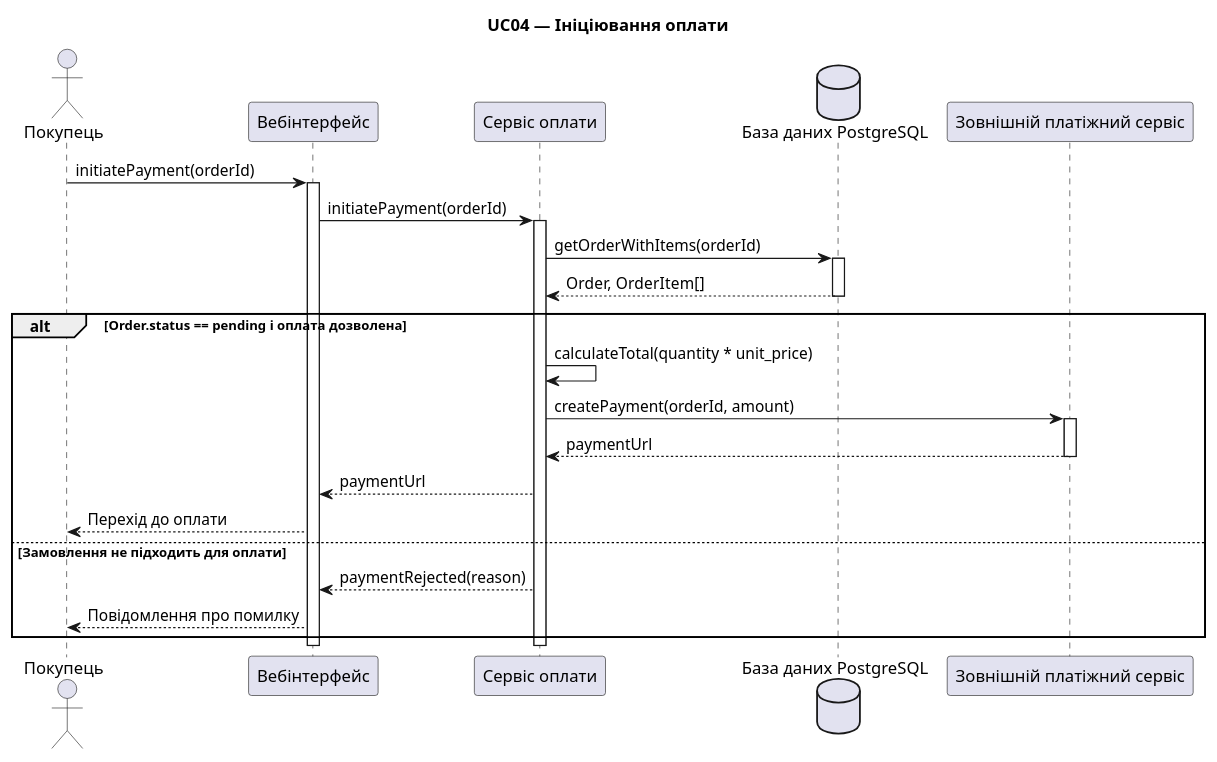
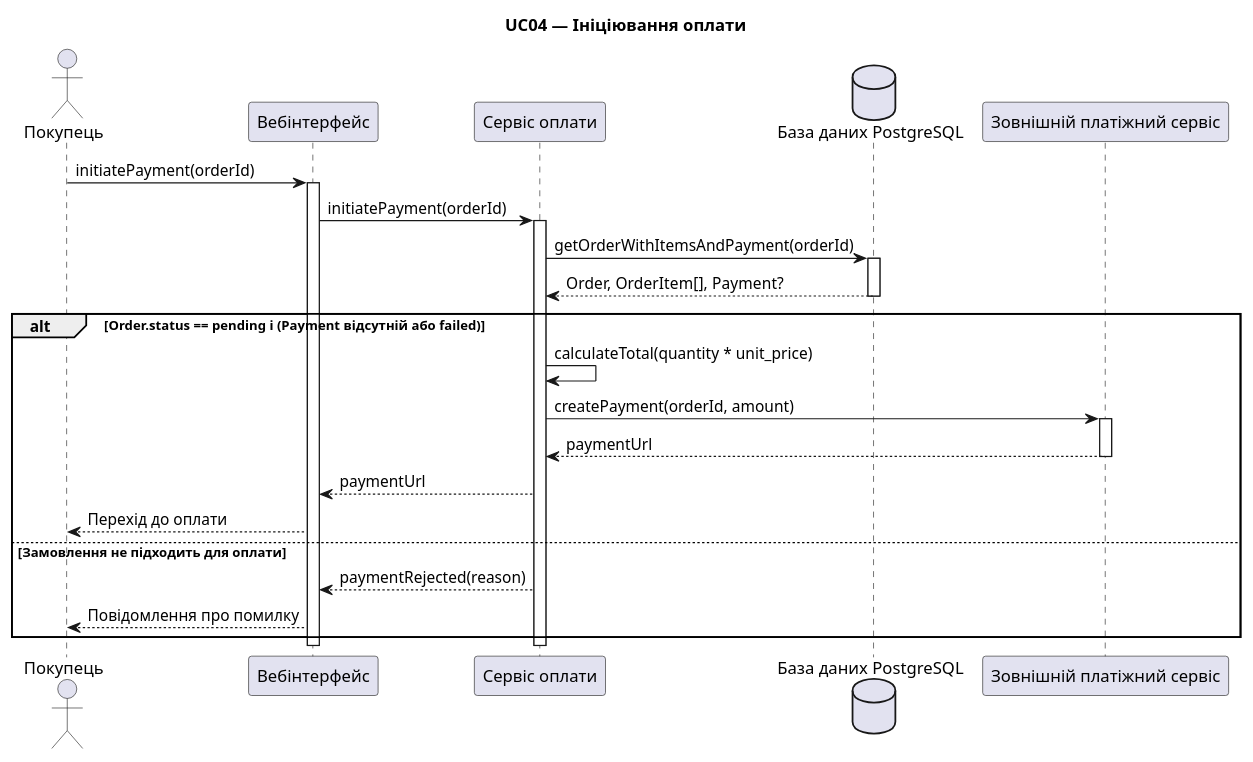
The diagram in lab-3/sequence-01.puml (fiodm/-ER-), drawn with PlantUML before and after one commit.

```diff
--- a/lab-3/sequence-01.puml
+++ b/lab-3/sequence-01.puml
@@ -2,39 +2,39 @@
 @startuml
 title UC04 — Ініціювання оплати
 
 actor "Покупець" as Customer
 participant "Вебінтерфейс" as UI
 participant "Сервіс оплати" as PaymentService
 database "База даних PostgreSQL" as DB
 participant "Зовнішній платіжний сервіс" as Gateway
 
 Customer -> UI: initiatePayment(orderId)
 activate UI
 
 UI -> PaymentService: initiatePayment(orderId)
 activate PaymentService
 
-PaymentService -> DB: getOrderWithItems(orderId)
+PaymentService -> DB: getOrderWithItemsAndPayment(orderId)
 activate DB
-DB --> PaymentService: Order, OrderItem[]
+DB --> PaymentService: Order, OrderItem[], Payment?
 deactivate DB
 
-alt Order.status == pending і оплата дозволена
+alt Order.status == pending і (Payment відсутній або failed)
     PaymentService -> PaymentService: calculateTotal(quantity * unit_price)
 
     PaymentService -> Gateway: createPayment(orderId, amount)
     activate Gateway
     Gateway --> PaymentService: paymentUrl
     deactivate Gateway
 
     PaymentService --> UI: paymentUrl
     UI --> Customer: Перехід до оплати
 else Замовлення не підходить для оплати
     PaymentService --> UI: paymentRejected(reason)
     UI --> Customer: Повідомлення про помилку
 end
 
 deactivate PaymentService
 deactivate UI
 
 @enduml
```
